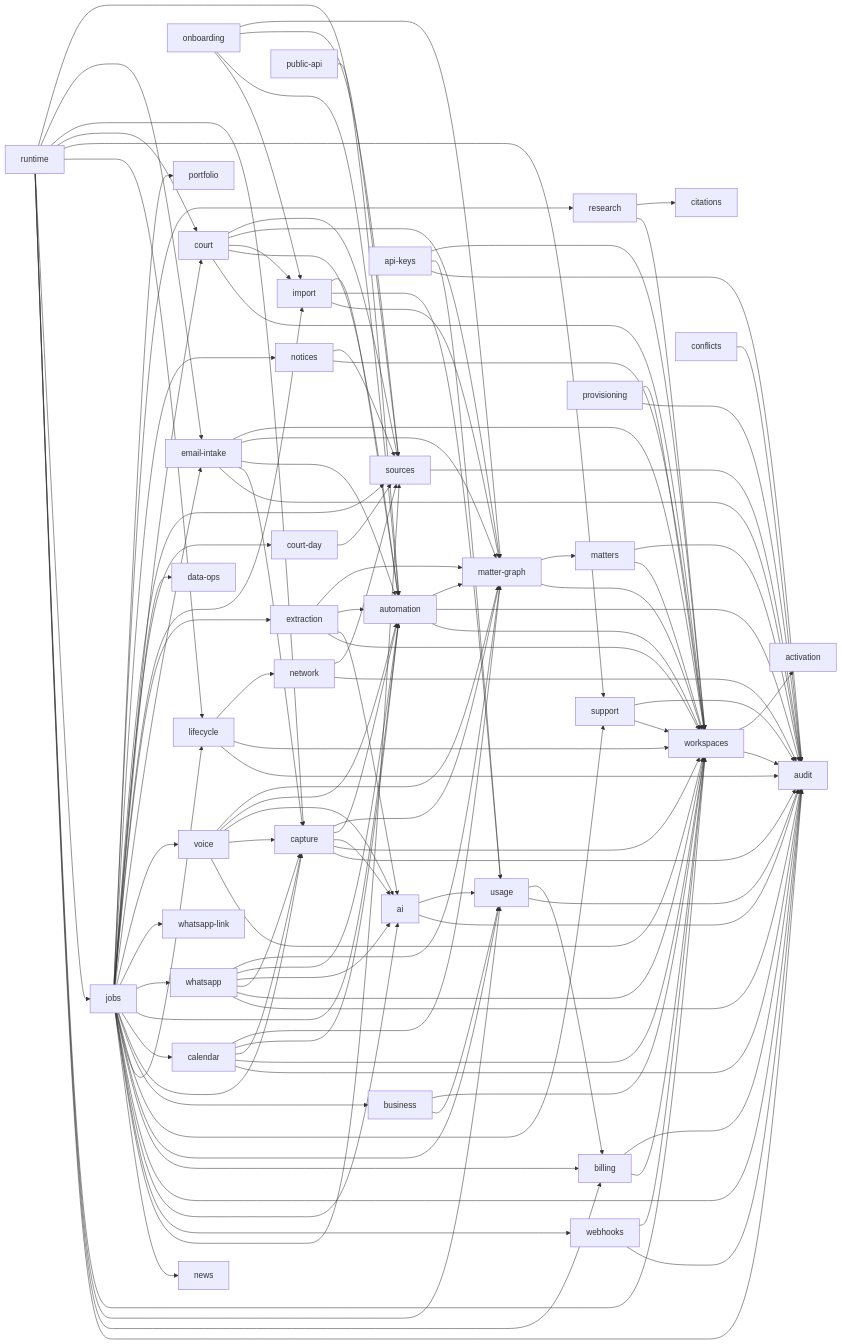
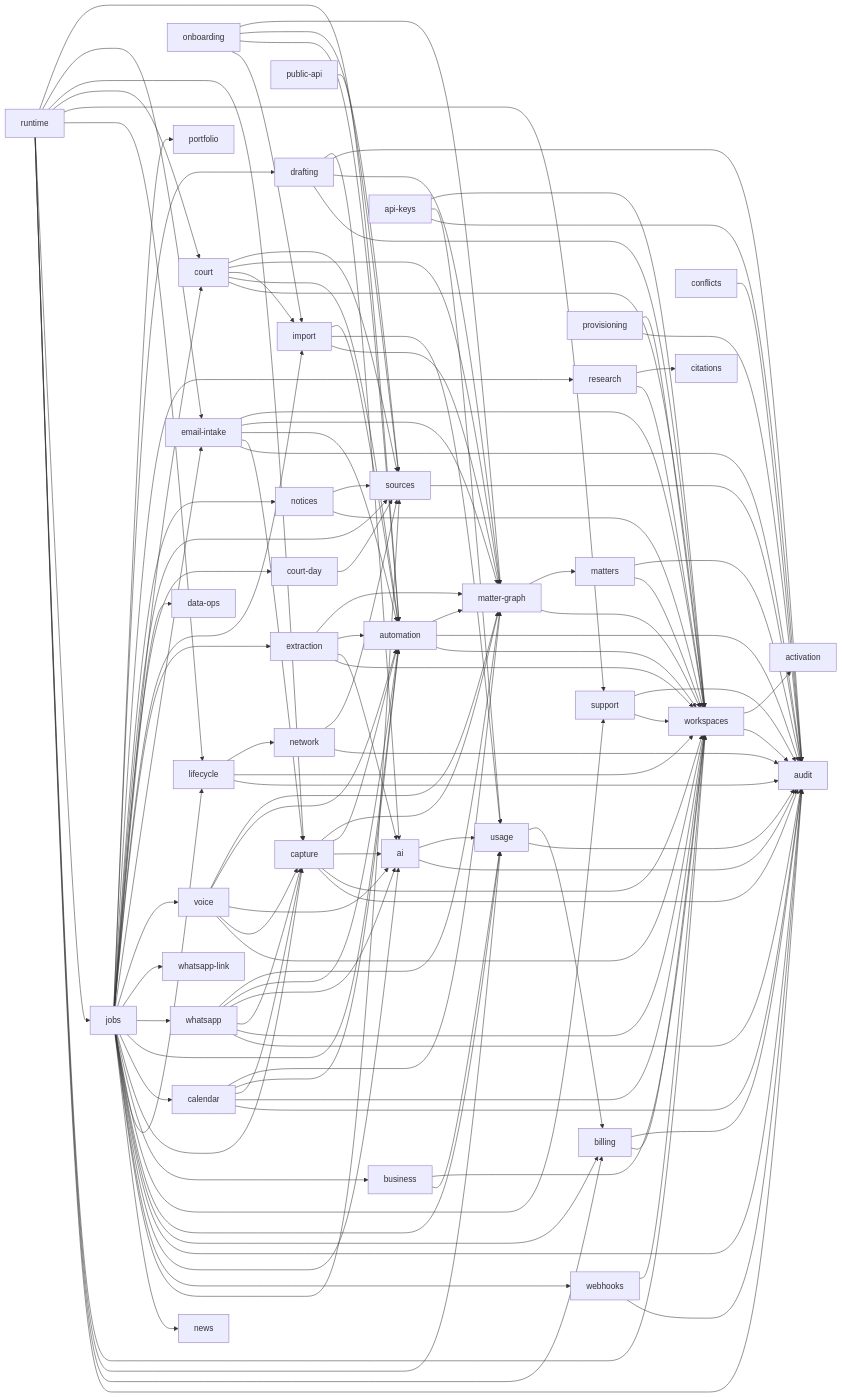
The diagram in docs/engineering/core-domains.md (RapierCraftStudios/causedeck), drawn with Mermaid before and after one commit. The commit also changed other lines of this file and 15 other files, not shown here.

```diff
--- a/docs/engineering/core-domains.md
+++ b/docs/engineering/core-domains.md
@@ -126,6 +127,10 @@
   jobs --> webhooks
   research --> workspaces
   research --> citations
+  drafting --> workspaces
+  drafting --> matter-graph
+  drafting --> audit
+  drafting --> ai
   network --> audit
   network --> sources
   public-api --> sources
@@ -175,6 +180,7 @@
   webhooks --> workspaces
   conflicts --> audit
   jobs --> research
+  jobs --> drafting
   jobs --> portfolio
   calendar --> audit
   calendar --> workspaces
```
